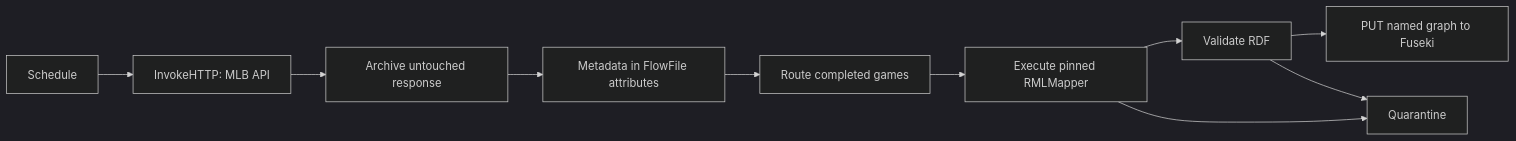
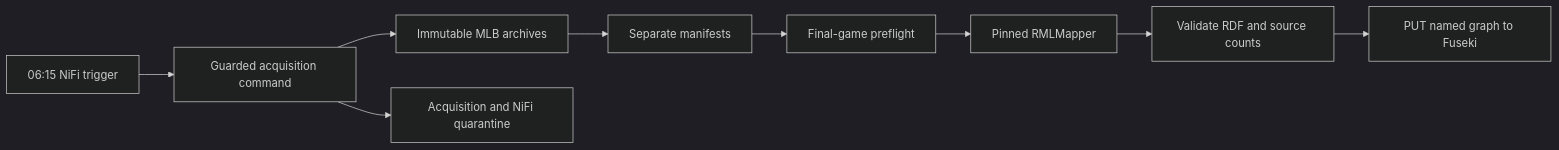
One commit to CarterBeauBenson/BaseballO changed the diagram in infra/nifi/README.md. Above: the diagram before and after it, drawn with Mermaid (dark theme). The commit also changed other lines of this file and 12 other files, not shown here.

Commit message:
Add daily MLB game acquisition flow

````diff
--- a/infra/nifi/README.md
+++ b/infra/nifi/README.md
@@ -5,12 +5,11 @@
 ```mermaid
 flowchart LR
-    S[Schedule] --> H[InvokeHTTP: MLB API]
-    H --> A[Archive untouched response]
-    A --> M[Metadata in FlowFile attributes]
-    M --> R[Route completed games]
-    R --> X[Execute pinned RMLMapper]
-    X --> V[Validate RDF]
+    S[06:15 NiFi trigger] --> H[Guarded acquisition command]
+    H --> A[Immutable MLB archives]
+    A --> M[Separate manifests]
+    M --> R[Final-game preflight]
+    R --> X[Pinned RMLMapper]
+    X --> V[Validate RDF and source counts]
     V --> G[PUT named graph to Fuseki]
-    X --> Q[Quarantine]
-    V --> Q
+    H --> Q[Acquisition and NiFi quarantine]
 ```
````
